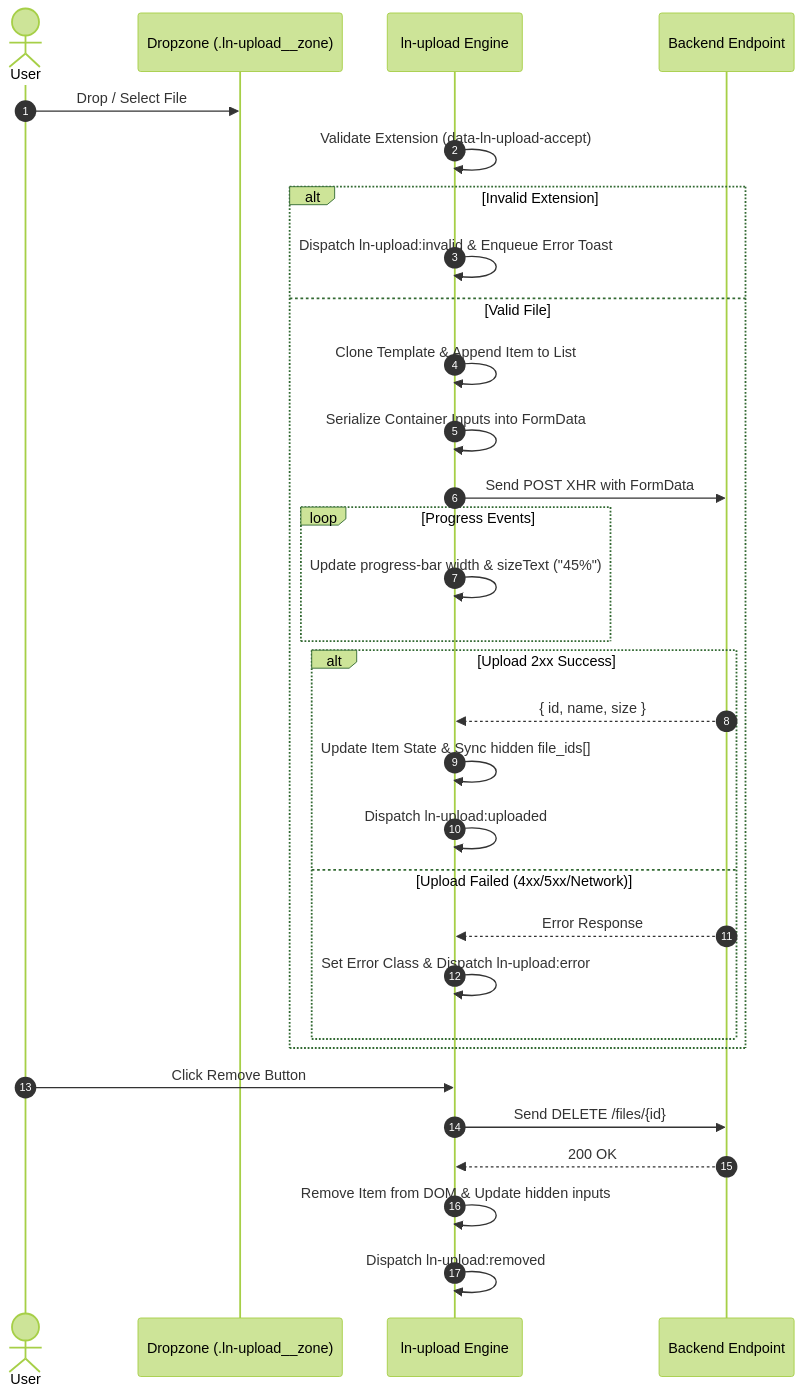
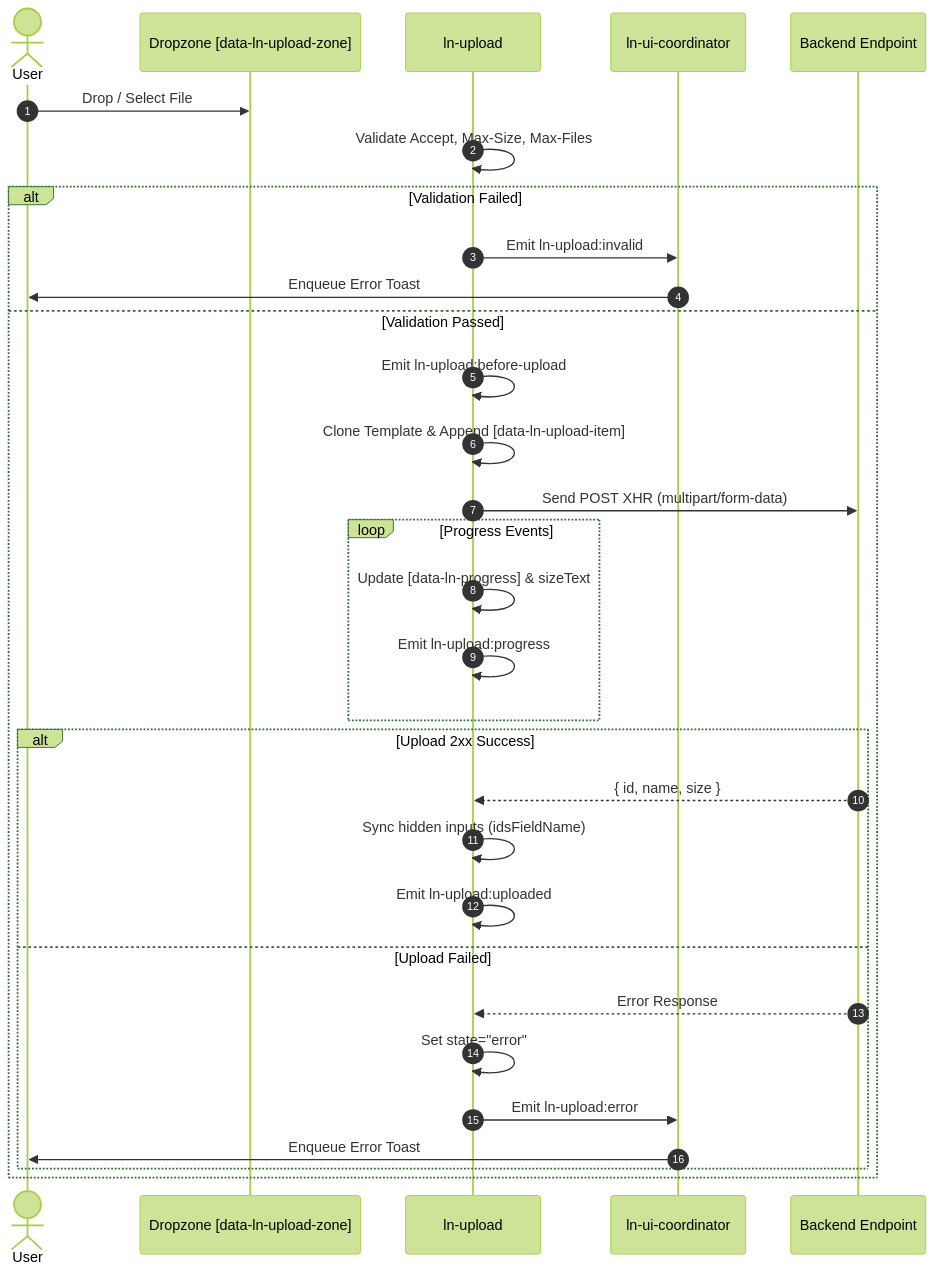
One commit to livenetworks/ln-ashlar changed the diagram in docs-mcp/components/ln-upload.md. Above: the diagram before and after it, drawn with Mermaid (forest theme). The commit also changed other lines of this file and 22 other files, not shown here.

Commit message:
feat(ln-upload): refactor to Ashlar 3-layer architecture with pure data attributes and SSR hydration

````diff
--- a/docs-mcp/components/ln-upload.md
+++ b/docs-mcp/components/ln-upload.md
@@ -168,38 +212,37 @@
 ```mermaid
 sequenceDiagram
     autonumber
     actor User
-    participant Zone as Dropzone (.ln-upload__zone)
-    participant Component as ln-upload Engine
+    participant Zone as Dropzone [data-ln-upload-zone]
+    participant Upload as ln-upload
+    participant Coord as ln-ui-coordinator
     participant Server as Backend Endpoint
     
     User->>Zone: Drop / Select File
-    Component->>Component: Validate Extension (data-ln-upload-accept)
+    Upload->>Upload: Validate Accept, Max-Size, Max-Files
     
-    alt Invalid Extension
-        Component->>Component: Dispatch ln-upload:invalid & Enqueue Error Toast
-    else Valid File
-        Component->>Component: Clone Template & Append Item to List
-        Component->>Component: Serialize Container Inputs into FormData
-        Component->>Server: Send POST XHR with FormData
+    alt Validation Failed
+        Upload->>Coord: Emit ln-upload:invalid
+        Coord->>User: Enqueue Error Toast
+    else Validation Passed
+        Upload->>Upload: Emit ln-upload:before-upload
+        Upload->>Upload: Clone Template & Append [data-ln-upload-item]
+        Upload->>Server: Send POST XHR (multipart/form-data)
         
         loop Progress Events
-            Component->>Component: Update progress-bar width & sizeText ("45%")
+            Upload->>Upload: Update [data-ln-progress] & sizeText
+            Upload->>Upload: Emit ln-upload:progress
         end
         
         alt Upload 2xx Success
-            Server-->>Component: { id, name, size }
-            Component->>Component: Update Item State & Sync hidden file_ids[]
-            Component->>Component: Dispatch ln-upload:uploaded
-        else Upload Failed (4xx/5xx/Network)
-            Server-->>Component: Error Response
-            Component->>Component: Set Error Class & Dispatch ln-upload:error
+            Server-->>Upload: { id, name, size }
+            Upload->>Upload: Sync hidden inputs (idsFieldName)
+            Upload->>Upload: Emit ln-upload:uploaded
+        else Upload Failed
+            Server-->>Upload: Error Response
+            Upload->>Upload: Set state="error"
+            Upload->>Coord: Emit ln-upload:error
+            Coord->>User: Enqueue Error Toast
         end
     end
-    
-    User->>Component: Click Remove Button
-    Component->>Server: Send DELETE /files/{id}
-    Server-->>Component: 200 OK
-    Component->>Component: Remove Item from DOM & Update hidden inputs
-    Component->>Component: Dispatch ln-upload:removed
 ```
````
